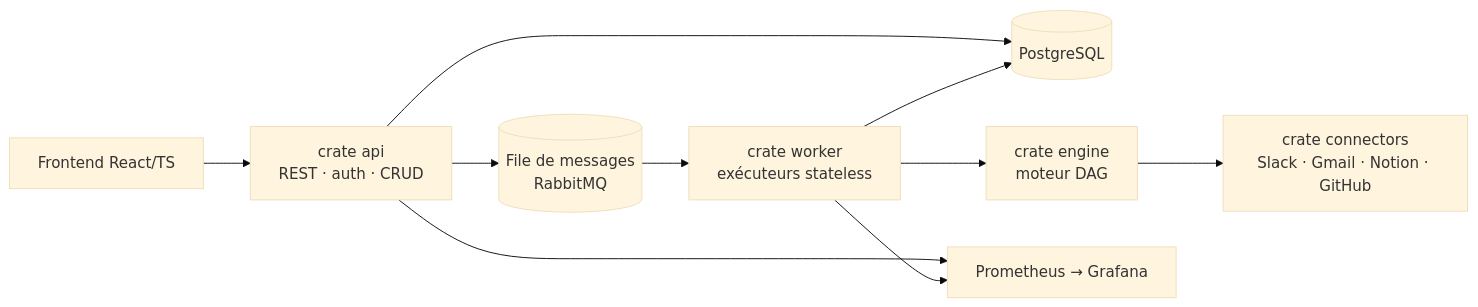
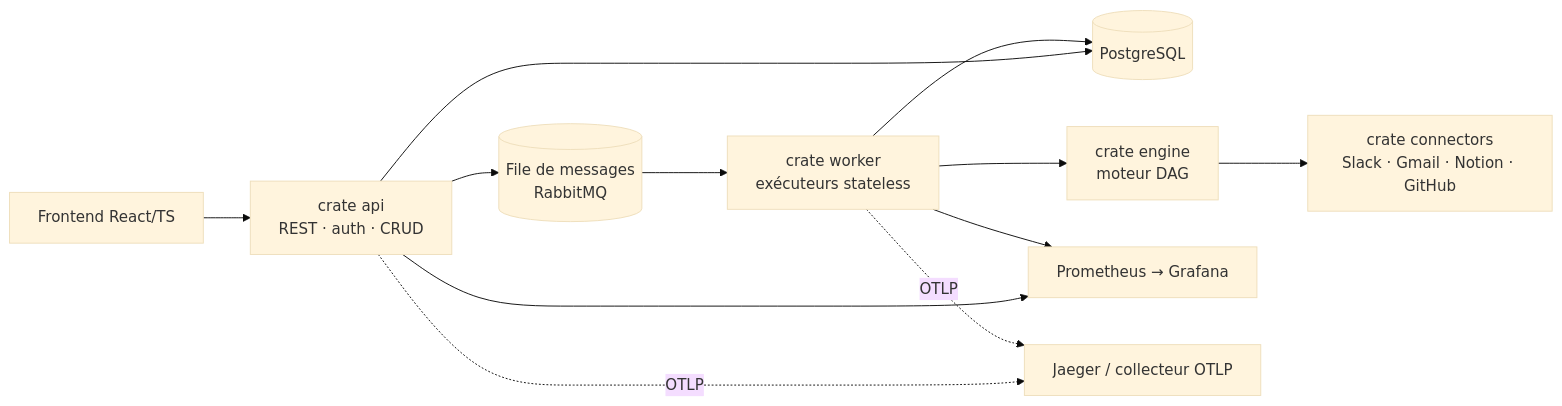
One commit to TheDarkMac/autome changed the diagram in README.md. Above: the diagram before and after it, drawn with Mermaid (base theme). The commit also changed other lines of this file and 4 other files, not shown here.

````diff
--- a/README.md
+++ b/README.md
@@ -147,12 +149,14 @@
 ```mermaid
 flowchart LR
   UI["Frontend React/TS"] --> API["crate api<br/>REST · auth · CRUD"]
   API --> Q[("File de messages<br/>RabbitMQ")]
   API --> DB[("PostgreSQL")]
   Q --> WK["crate worker<br/>exécuteurs stateless"]
   WK --> ENG["crate engine<br/>moteur DAG"]
   ENG --> CONN["crate connectors<br/>Slack · Gmail · Notion · GitHub"]
   WK --> DB
   API --> PROM["Prometheus → Grafana"]
   WK --> PROM
+  API -. "OTLP" .-> TR["Jaeger / collecteur OTLP"]
+  WK -. "OTLP" .-> TR
 ```
````
